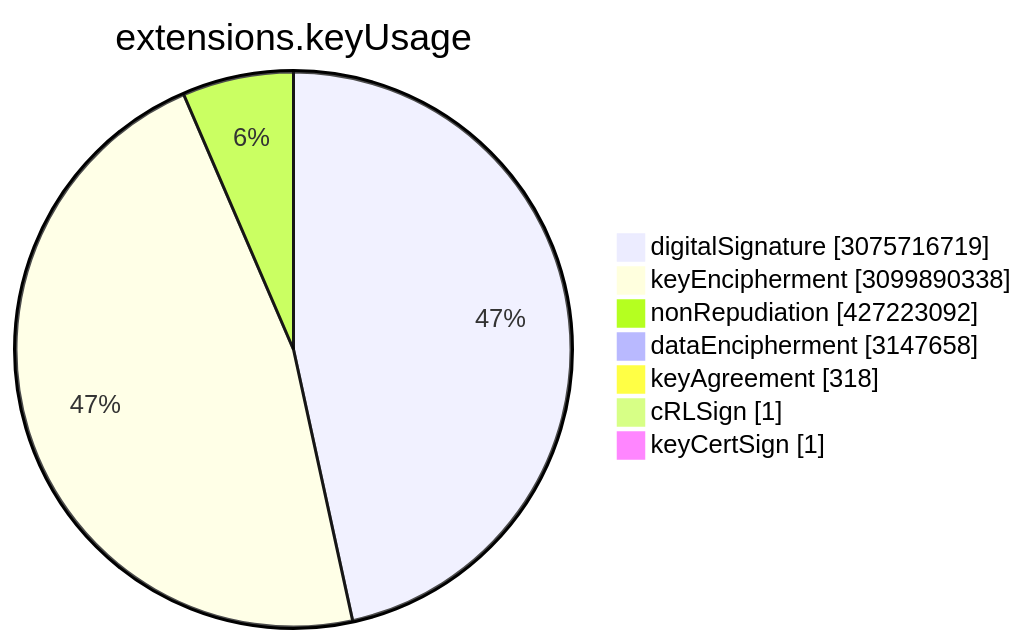
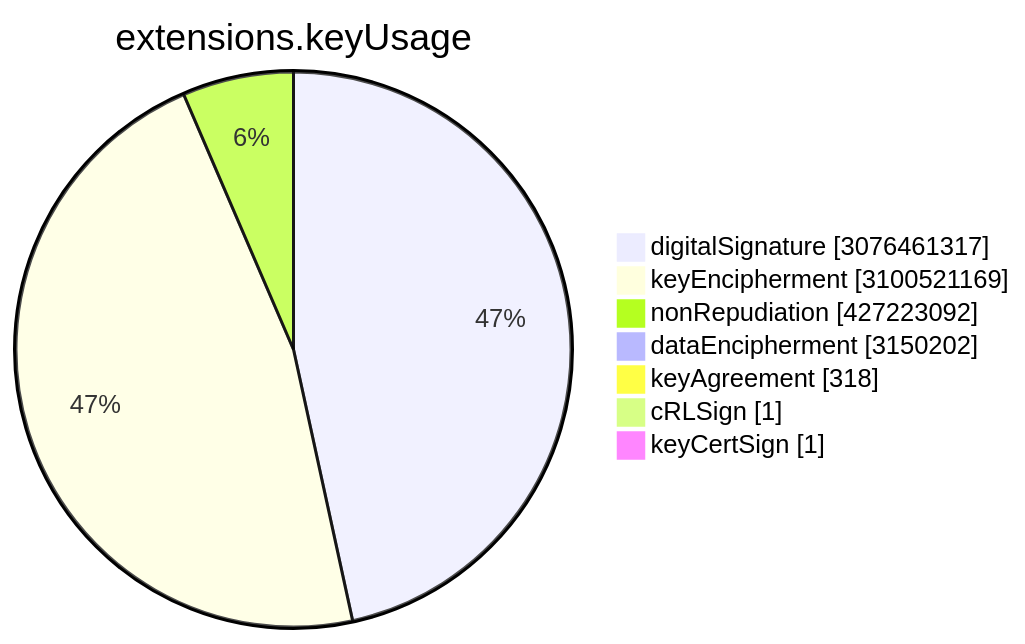
The sixth of 15 diagrams in TOTAL/README.md (christiankrug/ctmonitor_visualization), drawn with Mermaid before and after one commit. The commit also changed other lines of this file, not shown here.

````diff
--- a/TOTAL/README.md
+++ b/TOTAL/README.md
@@ -3075,11 +3075,11 @@
 ```mermaid
 pie showData
 title extensions.keyUsage
-"digitalSignature" :3075716719
-"keyEncipherment" :3099890338
+"digitalSignature" :3076461317
+"keyEncipherment" :3100521169
 "nonRepudiation" :427223092
-"dataEncipherment" :3147658
+"dataEncipherment" :3150202
 "keyAgreement" :318
 "cRLSign" :1
 "keyCertSign" :1
 ```
````
